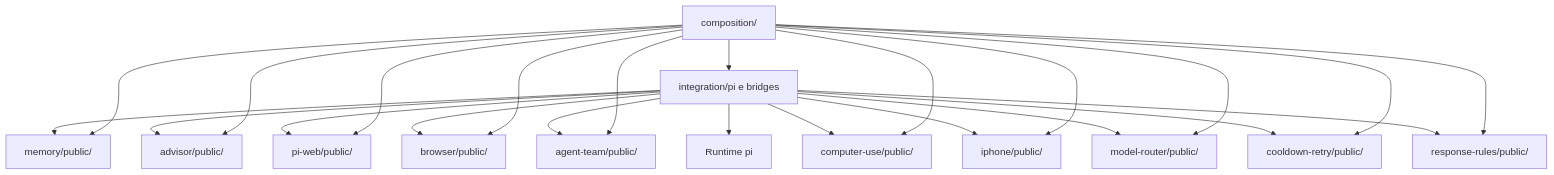
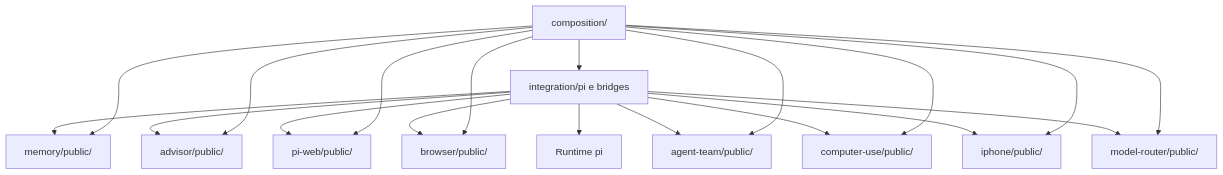
One commit to DavyMassoneto/synapse changed the diagram in docs/architecture.md. Above: the diagram before and after it, drawn with Mermaid. The commit also changed other lines of this file, not shown here.

Commit message:
docs: keep the cooldown retry and the response rules as capabilities of the pi integration

````diff
--- a/docs/architecture.md
+++ b/docs/architecture.md
@@ -65,25 +63,21 @@
 ```mermaid
 flowchart TD
     composicao["composition/"] --> integracao["integration/pi e bridges"]
     composicao --> memoria["memory/public/"]
     composicao --> web["pi-web/public/"]
     composicao --> advisor["advisor/public/"]
     composicao --> navegador["browser/public/"]
     composicao --> equipe["agent-team/public/"]
     composicao --> computador["computer-use/public/"]
     composicao --> iphone["iphone/public/"]
     composicao --> roteador["model-router/public/"]
-    composicao --> cooldown["cooldown-retry/public/"]
-    composicao --> respostas["response-rules/public/"]
     integracao --> advisor
     integracao --> memoria
     integracao --> web
     integracao --> navegador
     integracao --> equipe
     integracao --> computador
     integracao --> iphone
     integracao --> roteador
-    integracao --> cooldown
-    integracao --> respostas
     integracao --> pi["Runtime pi"]
 ```
````
